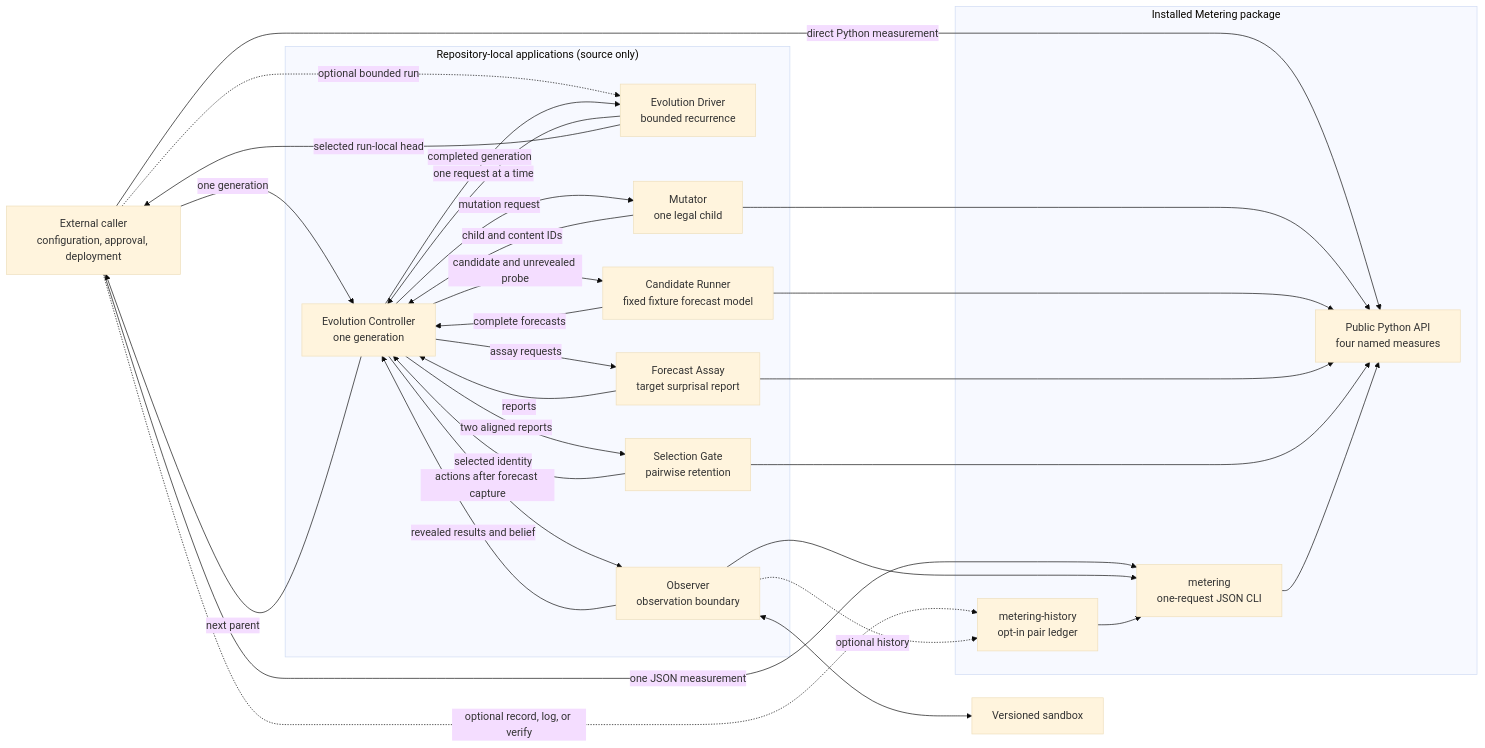
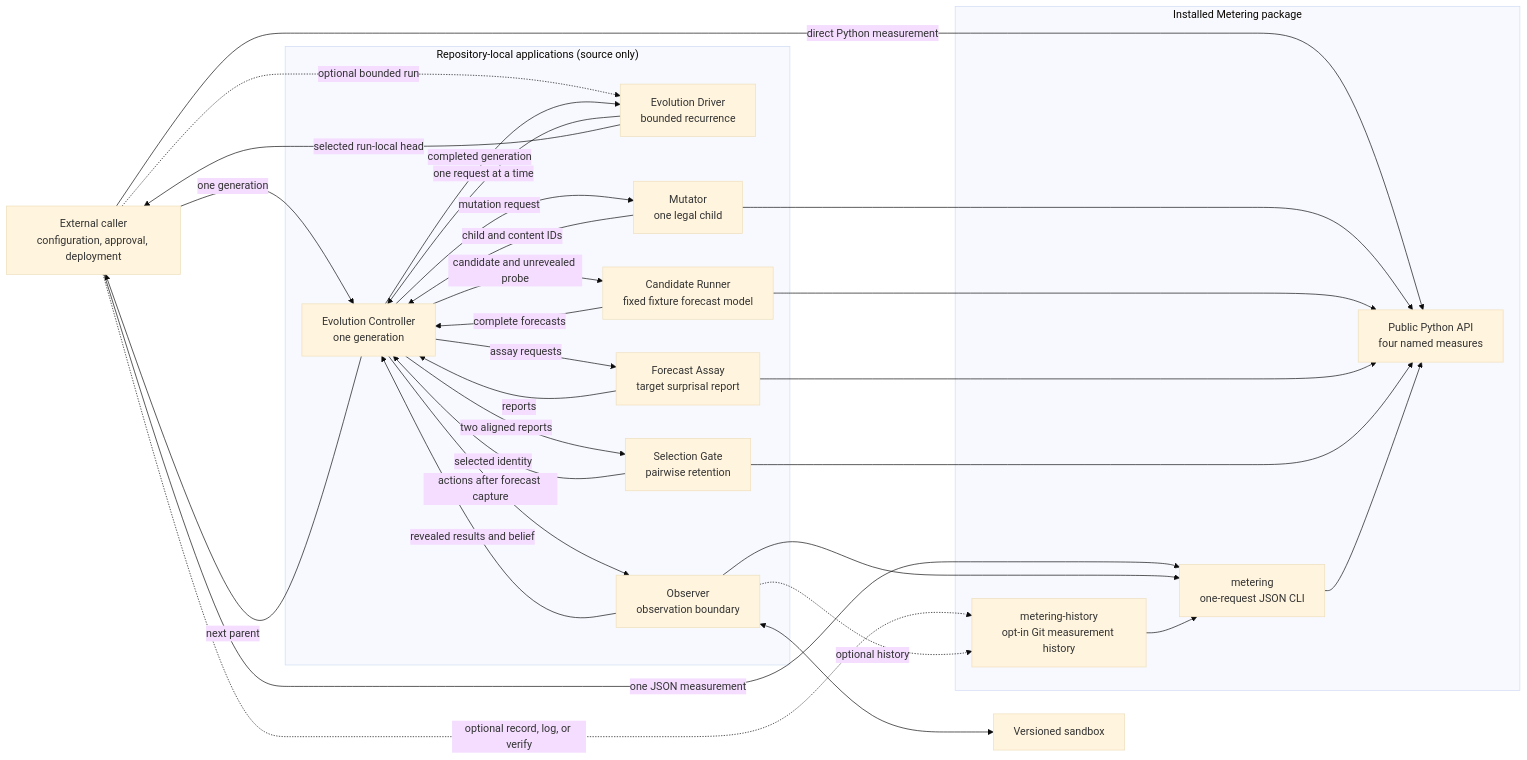
The diagram in README.md (muchmirul/metering), drawn with Mermaid (base theme) before and after one commit. The commit also changed other lines of this file and 15 other files, not shown here.

First line of the commit message:
Track measurement history with Git

````diff
--- a/README.md
+++ b/README.md
@@ -29,51 +31,51 @@
 ```mermaid
 flowchart LR
     Caller["External caller<br/>configuration, approval, deployment"]
     Sandbox["Versioned sandbox"]
 
     subgraph Applications["Repository-local applications (source only)"]
         Evolver["Evolution Driver<br/>bounded recurrence"]
         Controller["Evolution Controller<br/>one generation"]
         Observer["Observer<br/>observation boundary"]
         Mutator["Mutator<br/>one legal child"]
         Runner["Candidate Runner<br/>fixed fixture forecast model"]
         Assay["Forecast Assay<br/>target surprisal report"]
         Gate["Selection Gate<br/>pairwise retention"]
     end
 
     subgraph Package["Installed Metering package"]
         API["Public Python API<br/>four named measures"]
         CLI["metering<br/>one-request JSON CLI"]
-        History["metering-history<br/>opt-in pair ledger"]
+        History["metering-history<br/>opt-in Git measurement history"]
     end
 
     Caller -->|one generation| Controller
     Caller -. optional bounded run .-> Evolver
     Evolver -->|one request at a time| Controller
     Caller -->|direct Python measurement| API
     Caller -->|one JSON measurement| CLI
     Caller -. optional record, log, or verify .-> History
     Controller -->|mutation request| Mutator
     Mutator -->|child and content IDs| Controller
     Controller -->|candidate and unrevealed probe| Runner
     Runner -->|complete forecasts| Controller
     Controller -->|actions after forecast capture| Observer
     Observer -->|revealed results and belief| Controller
     Observer <--> Sandbox
     Controller -->|assay requests| Assay
     Assay -->|reports| Controller
     Controller -->|two aligned reports| Gate
     Gate -->|selected identity| Controller
     Controller -->|next parent| Caller
     Controller -->|completed generation| Evolver
     Evolver -->|selected run-local head| Caller
 
     Observer --> CLI
     Observer -. optional history .-> History
     Mutator --> API
     Runner --> API
     Assay --> API
     Gate --> API
     CLI --> API
     History --> CLI
 ```
````
